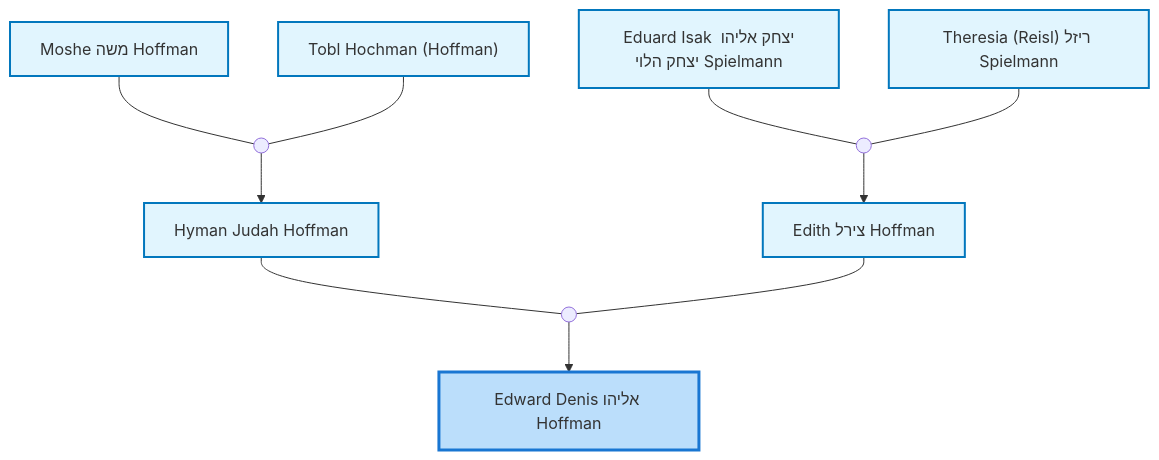
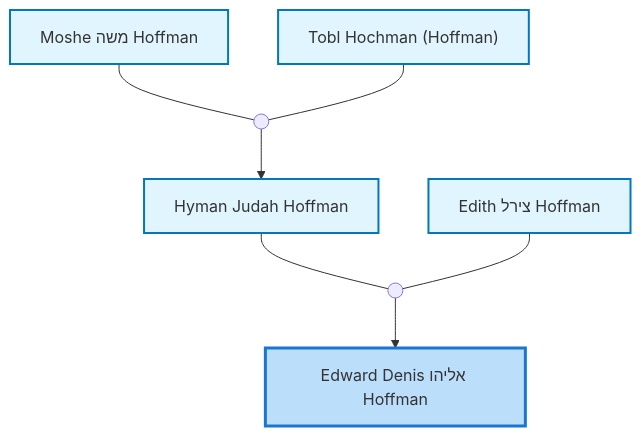
The second of 3 diagrams in site/content/profiles/Edward Denis אליהו Hoffman.md (moshehoff/FamilyHistory), drawn with Mermaid before and after one commit. The commit also changed other lines of this file and 133 other files, not shown here.

Commit message:
Update Moshe Hoffman ID: I10 -> I11052340 and rename I38516664 biography

````diff
--- a/site/content/profiles/Edward Denis אליהו Hoffman.md
+++ b/site/content/profiles/Edward Denis אליהו Hoffman.md
@@ -43,39 +43,29 @@
 ```mermaid
 flowchart TD
 classDef person fill:#e1f5fe,stroke:#0277bd,stroke-width:2px;
 classDef internal-link fill:#e1f5fe,stroke:#0277bd,stroke-width:2px;
 classDef current fill:#bbdefb,stroke:#1976d2,stroke-width:3px;
-idI7["Edward Denis אליהו Hoffman"]
-class idI7 current
-click idI7 "../profiles/Edward-Denis-%D7%90%D7%9C%D7%99%D7%94%D7%95-Hoffman" "Edward Denis אליהו Hoffman"
-idI2["Hyman Judah Hoffman"]
-class idI2 internal-link
-click idI2 "../profiles/Hyman-Judah-Hoffman" "Hyman Judah Hoffman"
-idI3["Edith צירל Hoffman"]
-class idI3 internal-link
-click idI3 "../profiles/Edith-%D7%A6%D7%99%D7%A8%D7%9C-Hoffman" "Edith צירל Hoffman"
-marriage_idF2((" "))
-idI2 --- marriage_idF2
-idI3 --- marriage_idF2
-marriage_idF2 --> idI7
-idI10["Moshe משה Hoffman"]
-class idI10 internal-link
-click idI10 "../profiles/Moshe-%D7%9E%D7%A9%D7%94-Hoffman" "Moshe משה Hoffman"
-idI11["Tobl Hochman (Hoffman)"]
-class idI11 internal-link
-click idI11 "../profiles/Tobl-Hochman-%28Hoffman%29" "Tobl Hochman (Hoffman)"
-marriage_idF3((" "))
-idI10 --- marriage_idF3
-idI11 --- marriage_idF3
-marriage_idF3 --> idI2
-idI17["Eduard Isak יצחק אליהו יצחק הלוי Spielmann"]
-class idI17 internal-link
-click idI17 "../profiles/Eduard-Isak-%D7%99%D7%A6%D7%97%D7%A7-%D7%90%D7%9C%D7%99%D7%94%D7%95-%D7%99%D7%A6%D7%97%D7%A7-%D7%94%D7%9C%D7%95%D7%99-Spielmann" "Eduard Isak יצחק אליהו יצחק הלוי Spielmann"
-idI18["Theresia (Reisl) ריזל Spielmann"]
-class idI18 internal-link
-click idI18 "../profiles/Theresia-%28Reisl%29-%D7%A8%D7%99%D7%96%D7%9C-Spielmann" "Theresia (Reisl) ריזל Spielmann"
-marriage_idF4((" "))
-idI17 --- marriage_idF4
-idI18 --- marriage_idF4
-marriage_idF4 --> idI3
+idI38516763["Edward Denis אליהו Hoffman"]
+class idI38516763 current
+click idI38516763 "../profiles/Edward-Denis-%D7%90%D7%9C%D7%99%D7%94%D7%95-Hoffman" "Edward Denis אליהו Hoffman"
+idI11052350["Hyman Judah Hoffman"]
+class idI11052350 internal-link
+click idI11052350 "../profiles/Hyman-Judah-Hoffman" "Hyman Judah Hoffman"
+idI38516664["Edith צירל Hoffman"]
+class idI38516664 internal-link
+click idI38516664 "../profiles/Edith-%D7%A6%D7%99%D7%A8%D7%9C-Hoffman" "Edith צירל Hoffman"
+marriage_idF13161432((" "))
+idI11052350 --- marriage_idF13161432
+idI38516664 --- marriage_idF13161432
+marriage_idF13161432 --> idI38516763
+idI11052340["Moshe משה Hoffman"]
+class idI11052340 internal-link
+click idI11052340 "../profiles/Moshe-%D7%9E%D7%A9%D7%94-Hoffman" "Moshe משה Hoffman"
+idI38735986["Tobl Hochman (Hoffman)"]
+class idI38735986 internal-link
+click idI38735986 "../profiles/Tobl-Hochman-%28Hoffman%29" "Tobl Hochman (Hoffman)"
+marriage_idF3776794((" "))
+idI11052340 --- marriage_idF3776794
+idI38735986 --- marriage_idF3776794
+marriage_idF3776794 --> idI11052350
 ```
````
